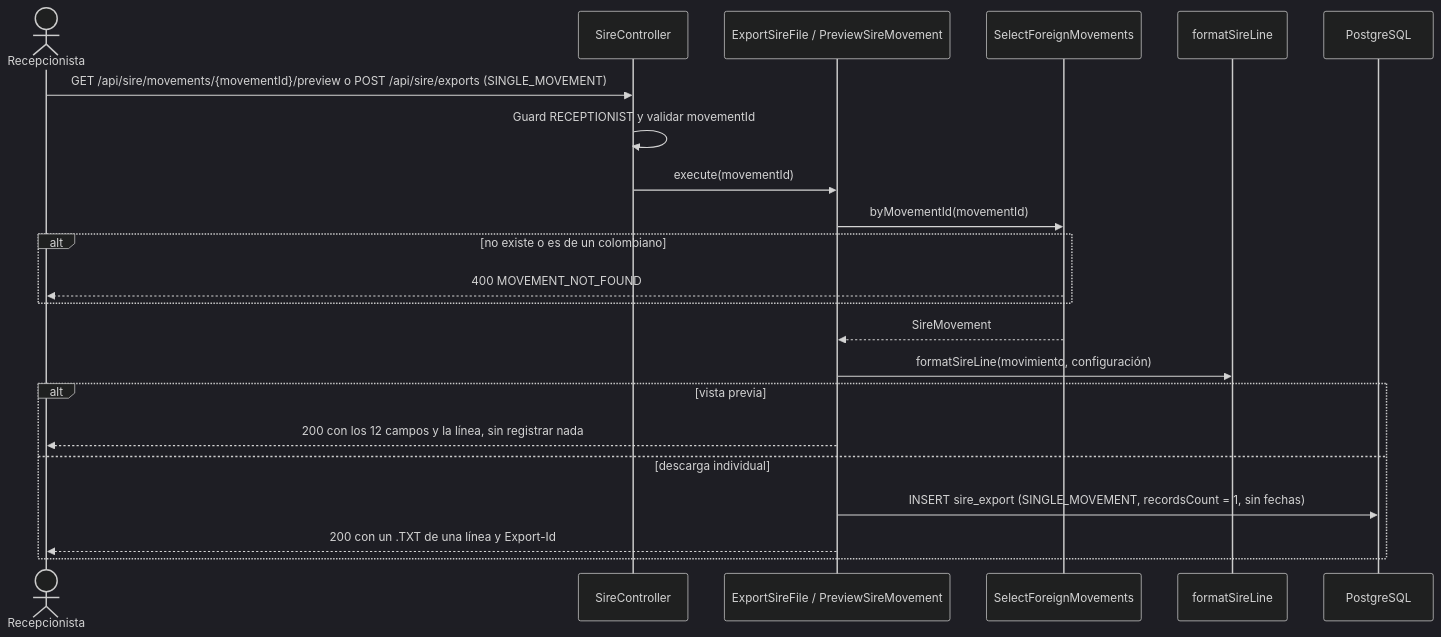
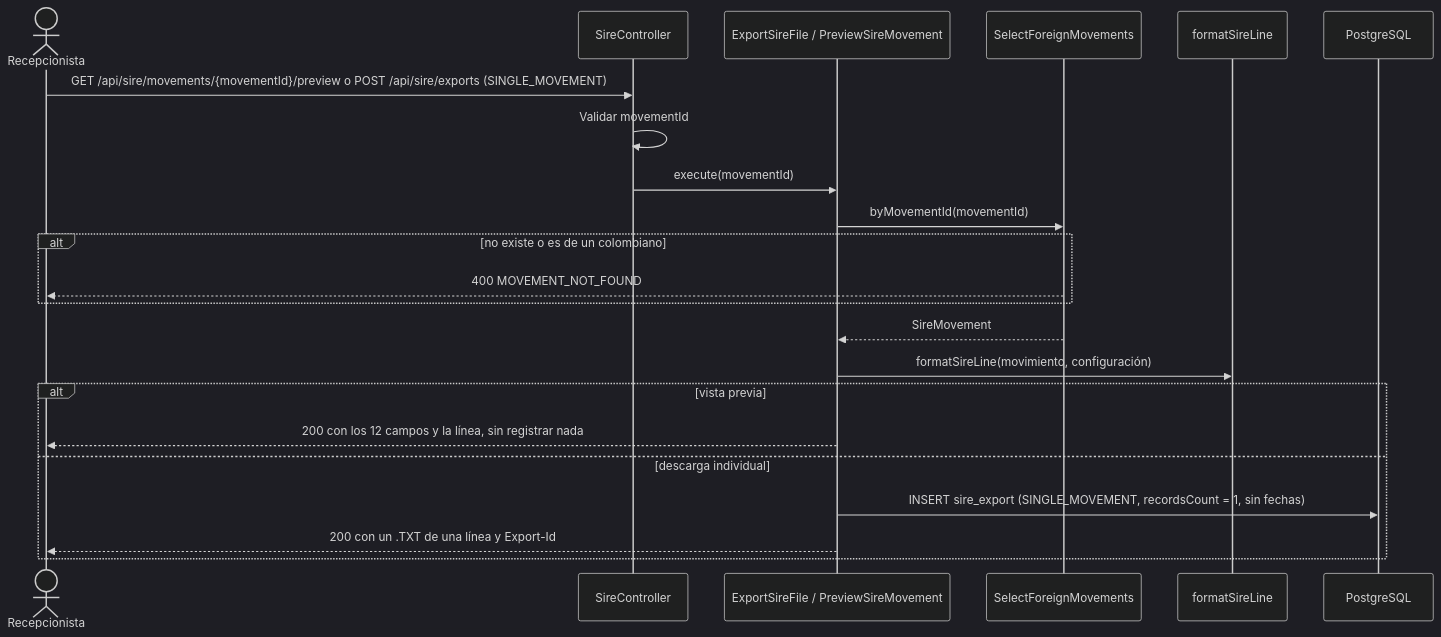
Before and after one commit to Lapicero312-lapi/HOSPITUA-MOD-2: the second of 3 diagrams in specs/export-sire-file/plan.md, drawn with Mermaid (dark theme). The commit also changed other lines of this file and 16 other files, not shown here.

````diff
--- a/specs/export-sire-file/plan.md
+++ b/specs/export-sire-file/plan.md
@@ -287,25 +286,25 @@
 ```mermaid
 sequenceDiagram
     actor R as Recepcionista
     participant C as SireController
     participant U as ExportSireFile / PreviewSireMovement
     participant S as SelectForeignMovements
     participant F as formatSireLine
     participant DB as PostgreSQL
 
     R->>C: GET /api/sire/movements/{movementId}/preview  o  POST /api/sire/exports (SINGLE_MOVEMENT)
-    C->>C: Guard RECEPTIONIST y validar movementId
+    C->>C: Validar movementId
     C->>U: execute(movementId)
     U->>S: byMovementId(movementId)
     alt no existe o es de un colombiano
         S-->>R: 400 MOVEMENT_NOT_FOUND
     end
     S-->>U: SireMovement
     U->>F: formatSireLine(movimiento, configuración)
     alt vista previa
         U-->>R: 200 con los 12 campos y la línea, sin registrar nada
     else descarga individual
         U->>DB: INSERT sire_export (SINGLE_MOVEMENT, recordsCount = 1, sin fechas)
         U-->>R: 200 con un .TXT de una línea y Export-Id
     end
 ```
````
